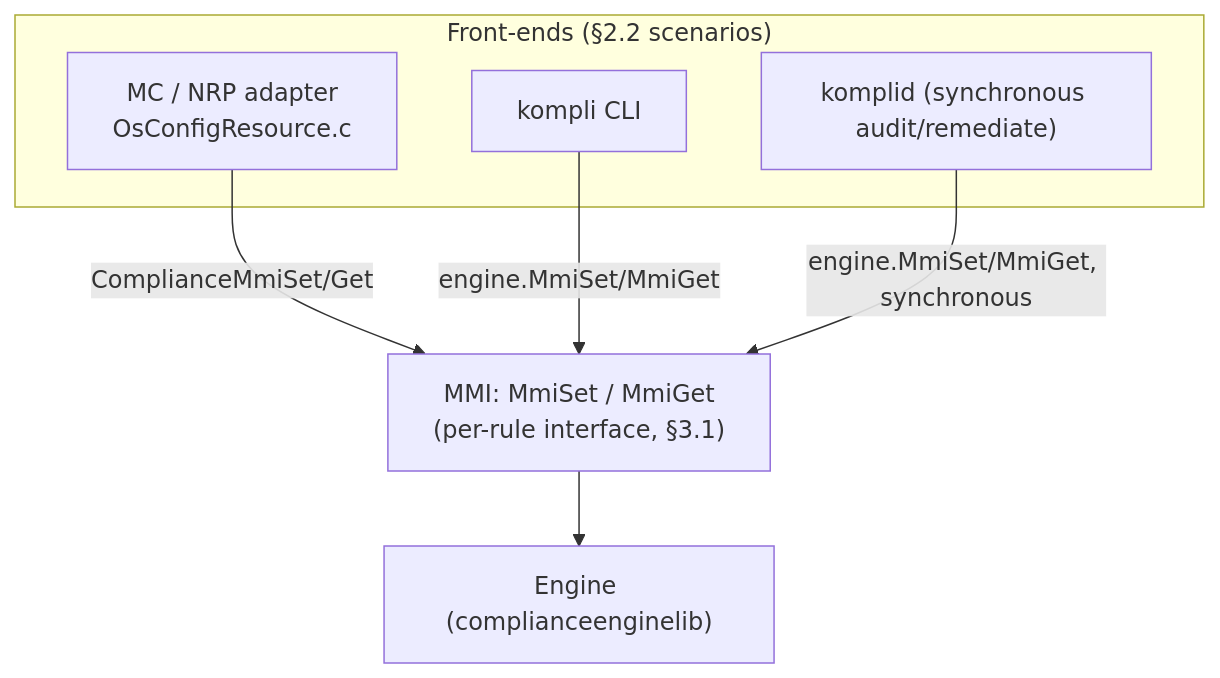
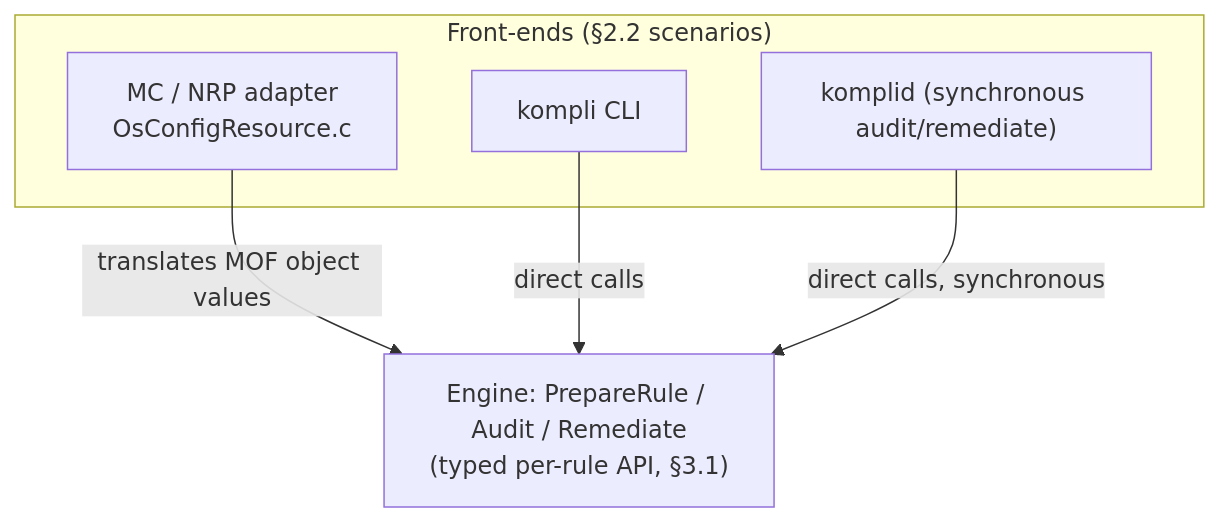
The first of 5 diagrams in docs/architecture.md (microsoft/kompli), drawn with Mermaid before and after one commit. The commit also changed other lines of this file, not shown here.

Commit message:
docs: rewrite architecture.md's MMI sections around ADR-0007's typed Engine API

````diff
--- a/docs/architecture.md
+++ b/docs/architecture.md
@@ -65,15 +67,13 @@
 ```mermaid
 flowchart TB
     subgraph "Front-ends (§2.2 scenarios)"
         NRP["MC / NRP adapter\nOsConfigResource.c"]
         CLI["kompli CLI"]
         Daemon["komplid (synchronous audit/remediate)"]
     end
-    MMI["MMI: MmiSet / MmiGet\n(per-rule interface, §3.1)"]
-    Engine["Engine (complianceenginelib)"]
+    Engine["Engine: PrepareRule / Audit / Remediate\n(typed per-rule API, §3.1)"]
 
-    NRP -->|ComplianceMmiSet/Get| MMI
-    CLI -->|engine.MmiSet/MmiGet| MMI
-    Daemon -->|engine.MmiSet/MmiGet, synchronous| MMI
-    MMI --> Engine
+    NRP -->|translates MOF object values| Engine
+    CLI -->|direct calls| Engine
+    Daemon -->|direct calls, synchronous| Engine
 ```
````
